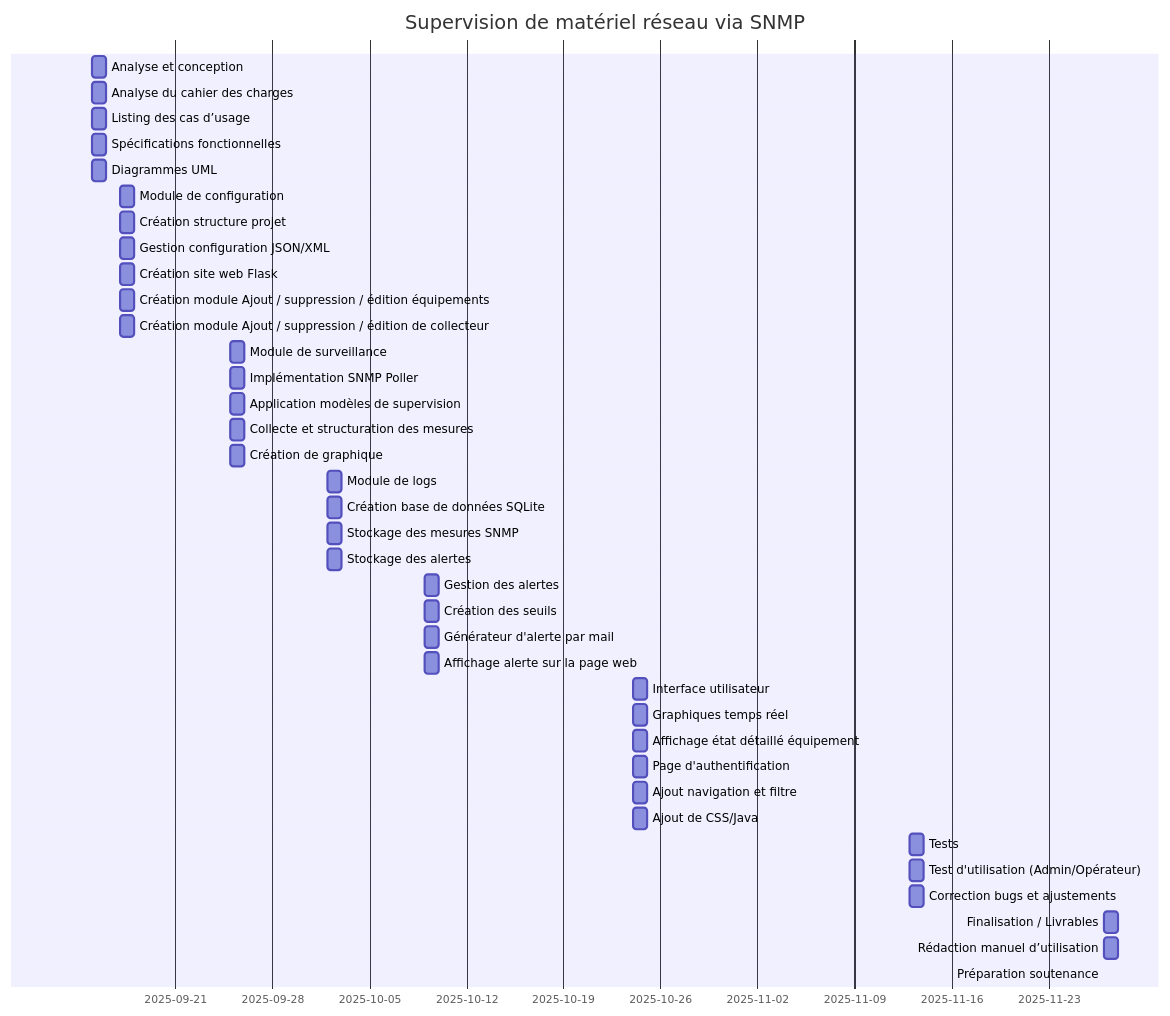
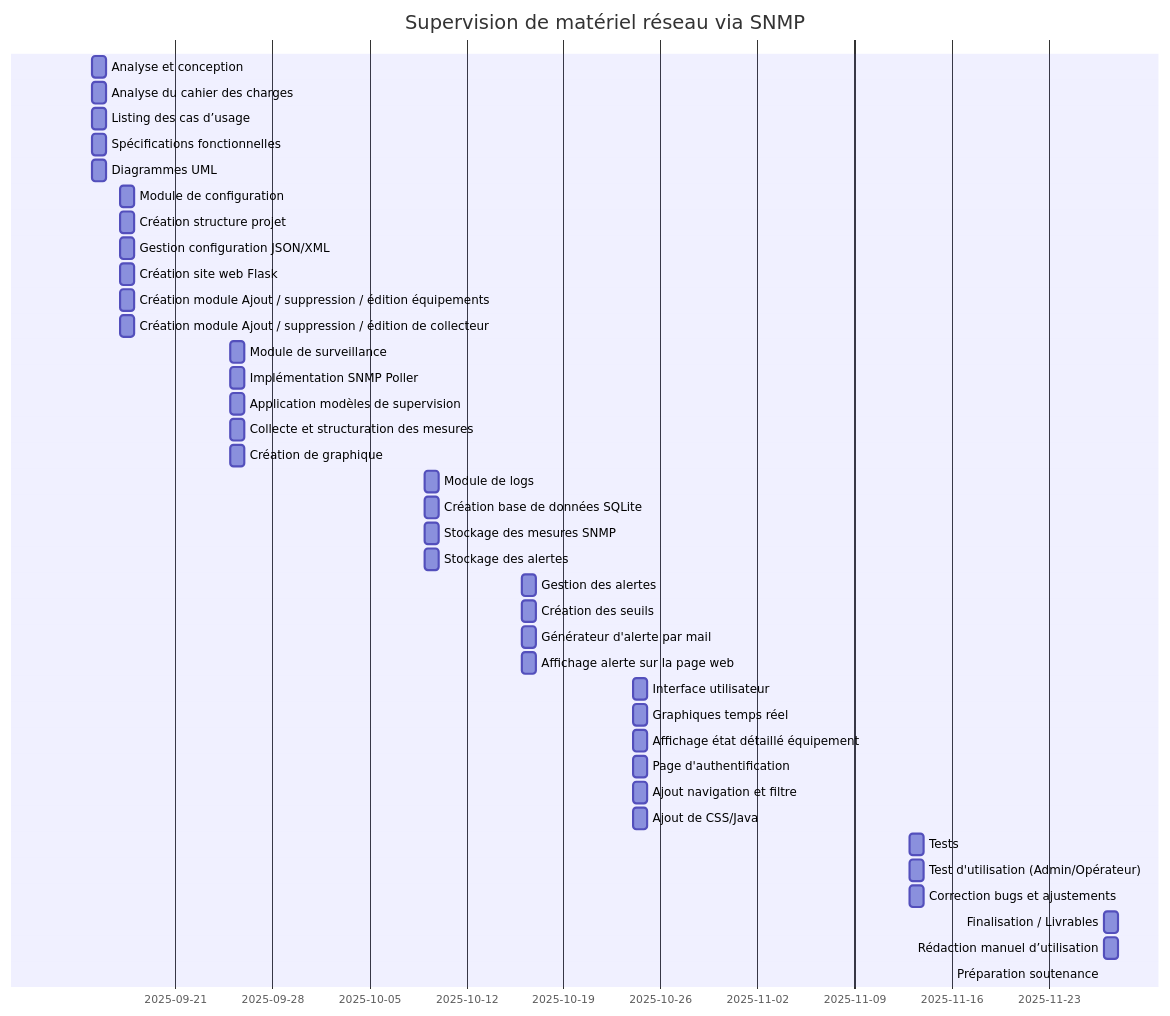
Before and after one commit to Noe-GAVILLET/Projet_supervision_reseau: the diagram in README.md, drawn with Mermaid.

````diff
--- a/README.md
+++ b/README.md
@@ -63,41 +63,41 @@
 ```mermaid
 gantt
     dateFormat  YYYY-MM-DD
     title Supervision de matériel réseau via SNMP
     Analyse et conception : 0, 2025-09-15, 1d
     Analyse du cahier des charges : 9, 2025-09-15, 1d
     Listing des cas d’usage : 12, 2025-09-15, 1d
     Spécifications fonctionnelles : 11, 2025-09-15, 1d
     Diagrammes UML : 10, 2025-09-15, 1d
     Module de configuration : 1, 2025-09-17, 1d
     Création structure projet : 13, 2025-09-17, 1d
     Gestion configuration JSON/XML : 14, 2025-09-17, 1d
     Création site web Flask : 15, 2025-09-17, 1d
     Création module Ajout / suppression / édition équipements : 17, 2025-09-17, 1d
     Création module Ajout / suppression / édition de collecteur : 18, 2025-09-17, 1d
     Module de surveillance : 2, 2025-09-25, 1d
     Implémentation SNMP Poller : 20, 2025-09-25, 1d
     Application modèles de supervision : 19, 2025-09-25, 1d
     Collecte et structuration des mesures : 21, 2025-09-25, 1d
     Création de graphique : 22, 2025-09-25, 1d
-    Module de logs : 3, 2025-10-02, 1d
-    Création base de données SQLite : 23, 2025-10-02, 1d
-    Stockage des mesures SNMP : 24, 2025-10-02, 1d
-    Stockage des alertes : 26, 2025-10-02, 1d
-    Gestion des alertes : 4, 2025-10-09, 1d
-    Création des seuils : 25, 2025-10-09, 1d
-    Générateur d'alerte par mail : 27, 2025-10-09, 1d
-    Affichage alerte sur la page web : 28, 2025-10-09, 1d
+    Module de logs : 3, 2025-10-09, 1d
+    Création base de données SQLite : 23, 2025-10-09, 1d
+    Stockage des mesures SNMP : 24, 2025-10-09, 1d
+    Stockage des alertes : 26, 2025-10-09, 1d
+    Gestion des alertes : 4, 2025-10-16, 1d
+    Création des seuils : 25, 2025-10-16, 1d
+    Générateur d'alerte par mail : 27, 2025-10-16, 1d
+    Affichage alerte sur la page web : 28, 2025-10-16, 1d
     Interface utilisateur : 5, 2025-10-24, 1d
     Graphiques temps réel : 33, 2025-10-24, 1d
     Affichage état détaillé équipement : 32, 2025-10-24, 1d
     Page d'authentification : 30, 2025-10-24, 1d
     Ajout navigation et filtre : 29, 2025-10-24, 1d
     Ajout de CSS/Java : 31, 2025-10-24, 1d
     Tests : 6, 2025-11-13, 1d
     Test d'utilisation (Admin/Opérateur) : 37, 2025-11-13, 1d
     Correction bugs et ajustements : 34, 2025-11-13, 1d
     Finalisation / Livrables : 8, 2025-11-27, 1d
     Rédaction manuel d’utilisation : 35, 2025-11-27, 1d
     Préparation soutenance : 36, 2025-11-27, 0d
 ```
````
